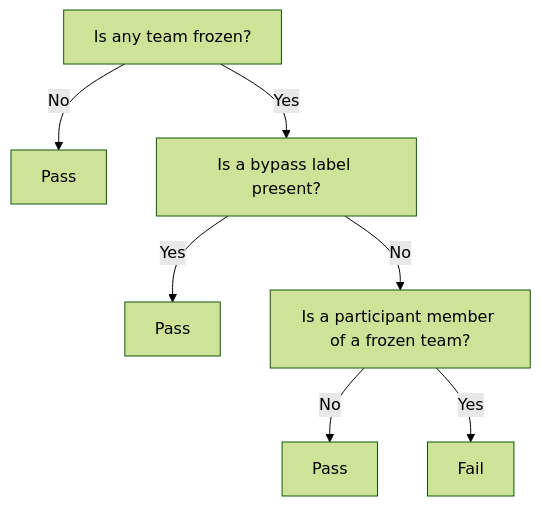
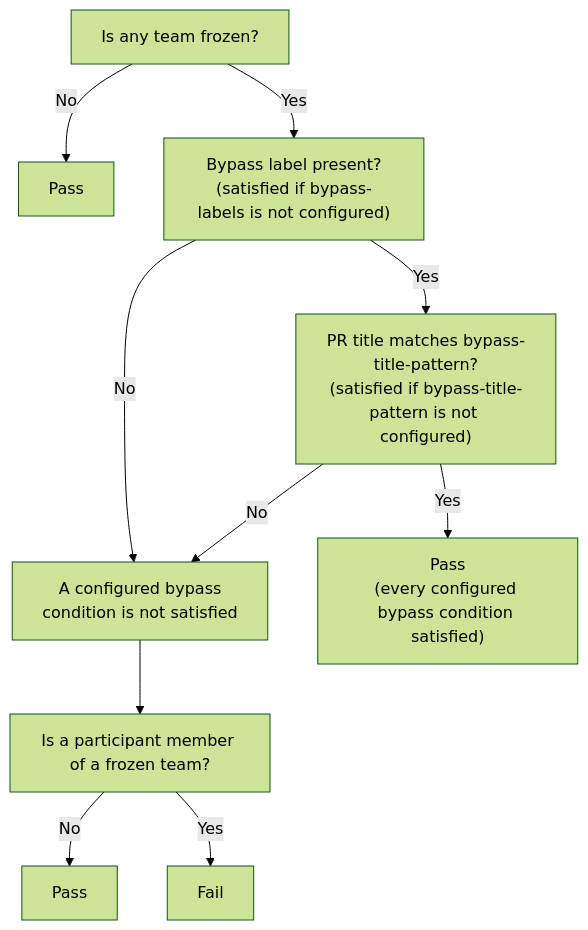
Before and after one commit to DataDog/team-freeze-guard: the diagram in README.md, drawn with Mermaid (forest theme). The commit also changed other lines of this file and 12 other files, not shown here.

First line of the commit message:
Add bypass-title-pattern input (#35)

````diff
--- a/README.md
+++ b/README.md
@@ -13,9 +13,12 @@
 ```mermaid
 flowchart TD
     A["Is any team frozen?"] -->|No| PASS1["Pass"]
-    A -->|Yes| B["Is a bypass label present?"]
-    B -->|Yes| PASS2["Pass"]
-    B -->|No| C["Is a participant member of a frozen team?"]
+    A -->|Yes| L["Bypass label present?<br/>(satisfied if bypass-labels is not configured)"]
+    L -->|No| NOBYPASS["A configured bypass<br/>condition is not satisfied"]
+    L -->|Yes| T["PR title matches bypass-title-pattern?<br/>(satisfied if bypass-title-pattern is not configured)"]
+    T -->|No| NOBYPASS
+    T -->|Yes| PASS2["Pass<br/>(every configured bypass condition satisfied)"]
+    NOBYPASS --> C["Is a participant member of a frozen team?"]
     C -->|No| PASS3["Pass"]
     C -->|Yes| FAIL["Fail"]
 ```
````
